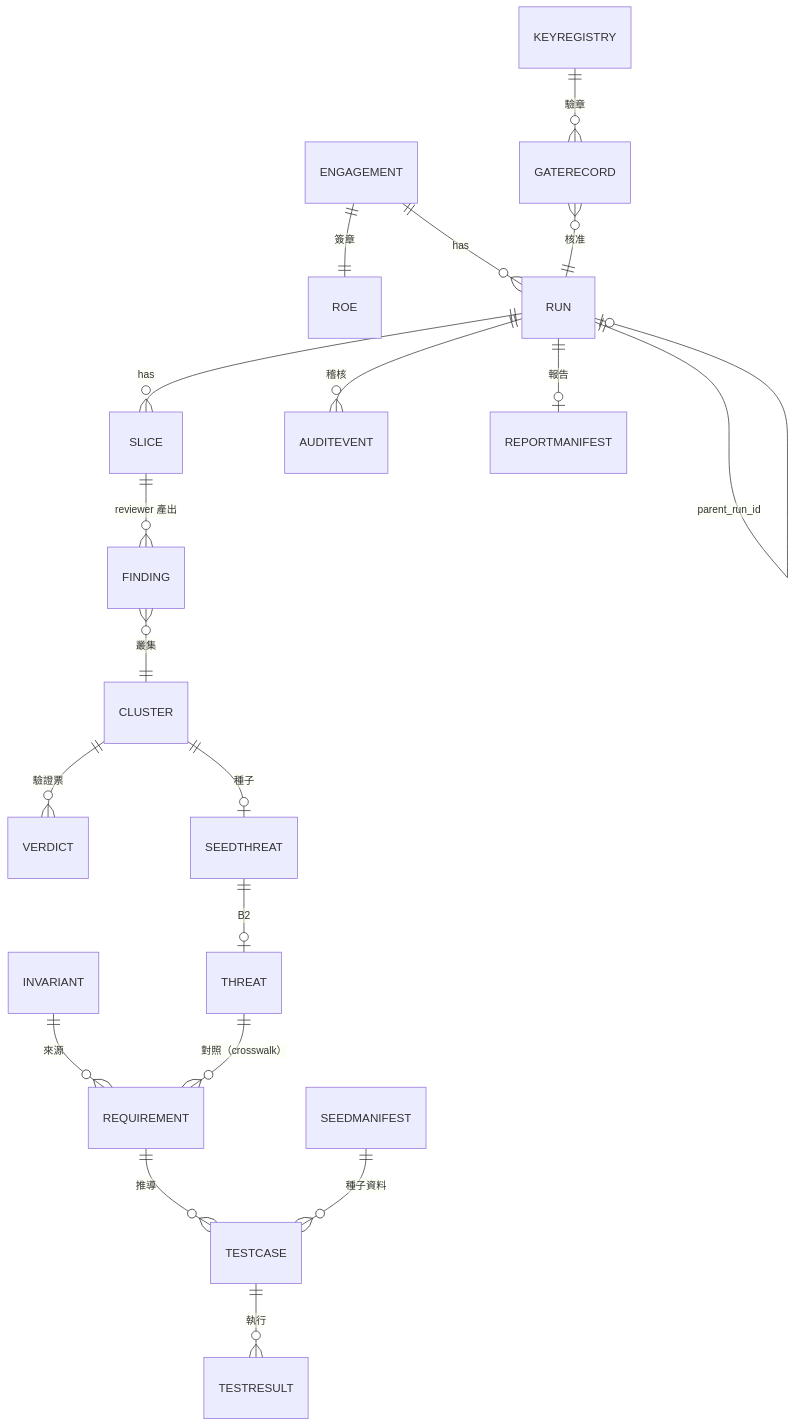
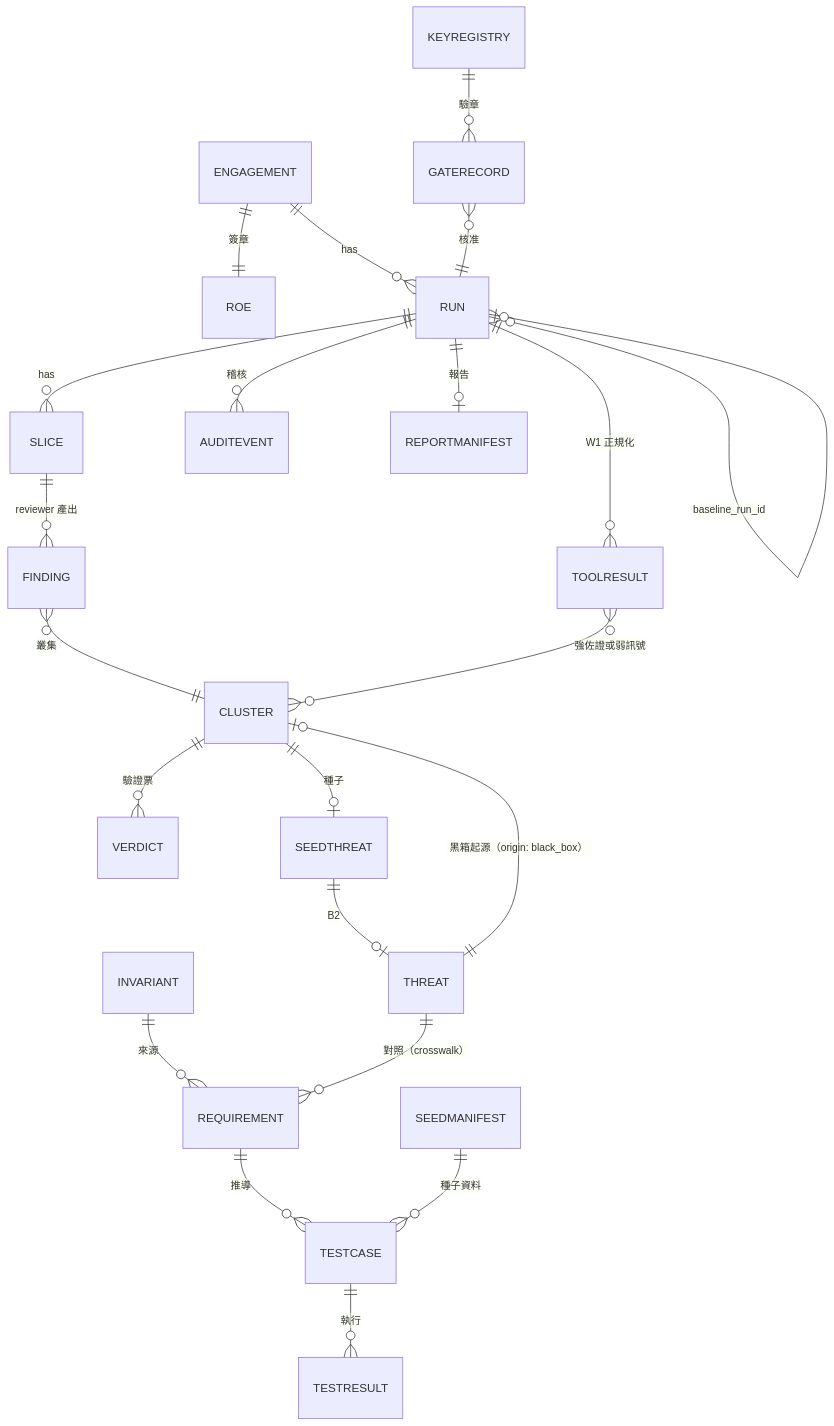
Before and after one commit to chinchiang/VibeCheckHarness: the eighth of 11 diagrams in docs/03-system-architecture.md, drawn with Mermaid. The commit also changed other lines of this file, not shown here.

First line of the commit message:
Docs v0.3: architecture for typed commander views, gates and profiles

````diff
--- a/docs/03-system-architecture.md
+++ b/docs/03-system-architecture.md
@@ -958,21 +1131,25 @@
 ```mermaid
 erDiagram
   KEYREGISTRY ||--o{ GATERECORD : "驗章"
   ENGAGEMENT ||--|| ROE : "簽章"
   ENGAGEMENT ||--o{ RUN : has
   RUN ||--o| RUN : "parent_run_id"
+  RUN }o--o| RUN : "baseline_run_id"
   RUN ||--o{ SLICE : has
   SLICE ||--o{ FINDING : "reviewer 產出"
   FINDING }o--|| CLUSTER : "叢集"
   CLUSTER ||--o{ VERDICT : "驗證票"
+  RUN ||--o{ TOOLRESULT : "W1 正規化"
+  TOOLRESULT }o--o{ CLUSTER : "強佐證或弱訊號"
+  THREAT ||--o| CLUSTER : "黑箱起源（origin: black_box）"
   CLUSTER ||--o| SEEDTHREAT : "種子"
   SEEDTHREAT ||--o| THREAT : "B2"
   INVARIANT ||--o{ REQUIREMENT : "來源"
   THREAT ||--o{ REQUIREMENT : "對照（crosswalk）"
   REQUIREMENT ||--o{ TESTCASE : "推導"
   TESTCASE ||--o{ TESTRESULT : "執行"
   SEEDMANIFEST ||--o{ TESTCASE : "種子資料"
   GATERECORD }o--|| RUN : "核准"
   RUN ||--o{ AUDITEVENT : "稽核"
   RUN ||--o| REPORTMANIFEST : "報告"
 ```
````
